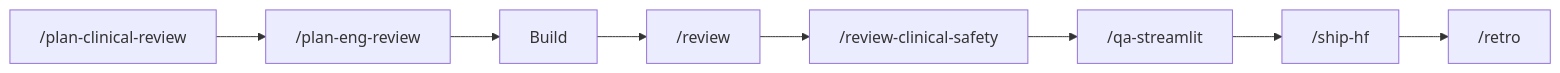
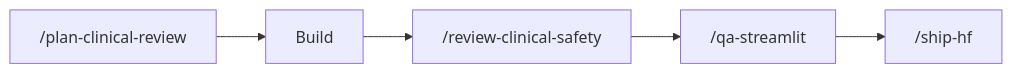
The diagram in README.md (Clinical-Quality-Artifical-Intelligence/nursestack), drawn with Mermaid before and after one commit. The commit also changed other lines of this file and 2 other files, not shown here.

````diff
--- a/README.md
+++ b/README.md
@@ -215,10 +205,7 @@
 ```mermaid
 graph LR
-    A["/plan-clinical-review"] --> B["/plan-eng-review"]
-    B --> C["Build"]
-    C --> D["/review"]
-    D --> E["/review-clinical-safety"]
-    E --> F["/qa-streamlit"]
-    F --> G["/ship-hf"]
-    G --> H["/retro"]
+    A["/plan-clinical-review"] --> B["Build"]
+    B --> C["/review-clinical-safety"]
+    C --> D["/qa-streamlit"]
+    D --> E["/ship-hf"]
 ```
````
